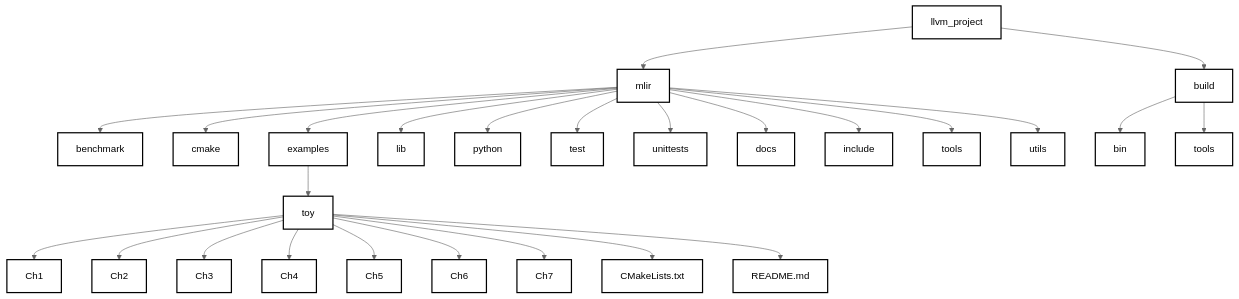
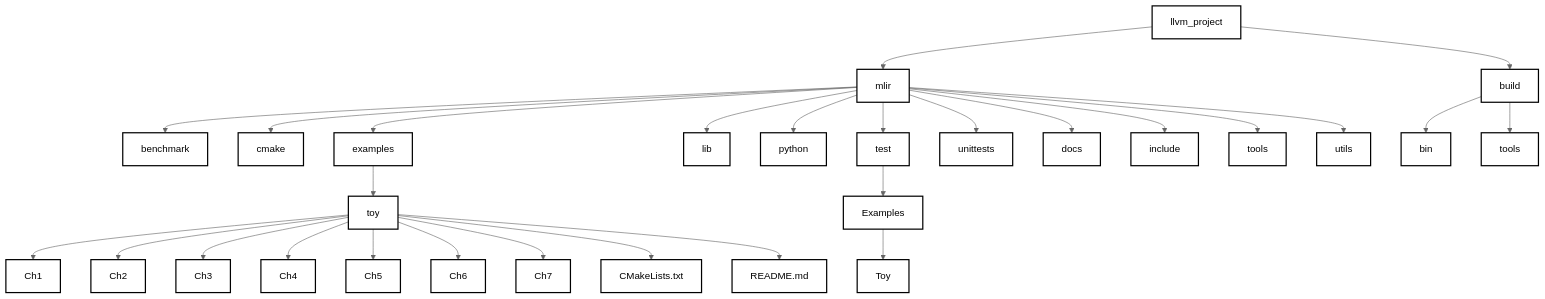
The third of 3 diagrams in Introduction.md (Ameya674/mlir_for_beginners), drawn with Mermaid (neutral theme) before and after one commit.

````diff
--- a/Introduction.md
+++ b/Introduction.md
@@ -143,70 +143,77 @@
 ```mermaid
 graph TD
   llvm_project["llvm_project"]
   mlir["mlir"]
   build["build"]
 
   llvm_project --> mlir
   llvm_project --> build
 
   benchmark["benchmark"]
   cmake["cmake"]
   examples["examples"]
   lib["lib"]
   python["python"]
   test["test"]
   unittests["unittests"]
   docs["docs"]
   include["include"]
   tools["tools"]
   utils["utils"]
 
   mlir --> benchmark
   mlir --> cmake
   mlir --> examples
   mlir --> lib
   mlir --> python
   mlir --> test
   mlir --> unittests
   mlir --> docs
   mlir --> include
   mlir --> tools
   mlir --> utils
 
   bin["bin"]
   build_tools["tools"]
 
   build --> bin
   build --> build_tools
 
   toy["toy"]
 
   examples --> toy
 
   Ch1["Ch1"]
   Ch2["Ch2"]
   Ch3["Ch3"]
   Ch4["Ch4"]
   Ch5["Ch5"]
   Ch6["Ch6"]
   Ch7["Ch7"]
   cmakelist.txt["CMakeLists.txt"]
   readme.md["README.md"]
 
   toy --> Ch1
   toy --> Ch2
   toy --> Ch3
   toy --> Ch4
   toy --> Ch5
   toy --> Ch6
   toy --> Ch7
   toy --> cmakelist.txt
   toy --> readme.md
 
+  Examples["Examples"]
+
+  test --> Examples
+
+  Toy["Toy"]
+
+  Examples --> Toy
 
   classDef default fill:#fff,stroke:#000,stroke-width:2px;
   class mlir_box default;
   class toy_examples_box default;
   class toy_test_box default;
   class test_box default;
 ```
````
